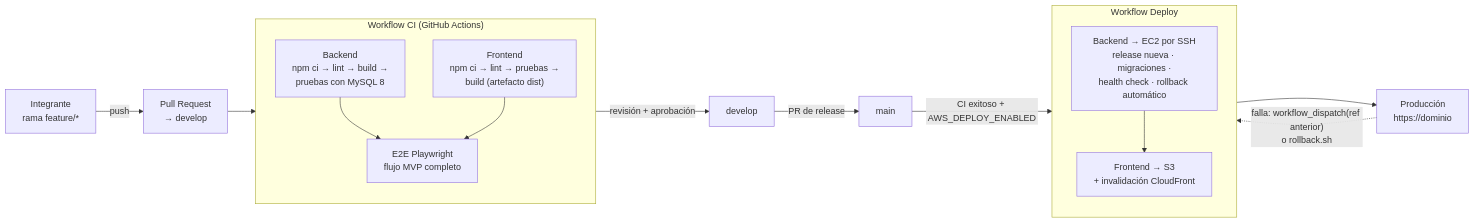
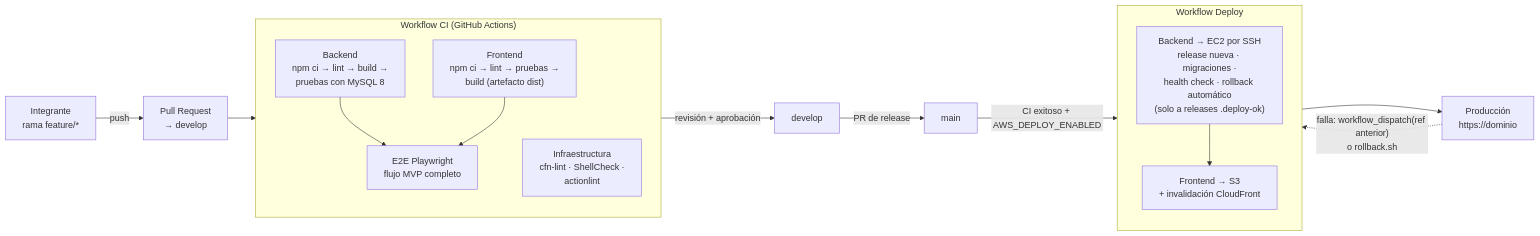
The diagram in docs/diagramas/05-pipeline-cicd.mmd (dylanfuentes0330/agenda-facil), drawn with Mermaid before and after one commit. The commit also changed 34 other files, not shown here.

```diff
--- a/docs/diagramas/05-pipeline-cicd.mmd
+++ b/docs/diagramas/05-pipeline-cicd.mmd
@@ -1,22 +1,23 @@
 flowchart LR
   Dev["Integrante<br/>rama feature/*"] -->|push| PR["Pull Request<br/>→ develop"]
   PR --> CI
   subgraph CI["Workflow CI (GitHub Actions)"]
     direction TB
     B["Backend<br/>npm ci → lint → build →<br/>pruebas con MySQL 8"]
     F["Frontend<br/>npm ci → lint → pruebas →<br/>build (artefacto dist)"]
+    I["Infraestructura<br/>cfn-lint · ShellCheck ·<br/>actionlint"]
     E["E2E Playwright<br/>flujo MVP completo"]
     B --> E
     F --> E
   end
   CI -->|"revisión + aprobación"| Dv["develop"]
   Dv -->|"PR de release"| M["main"]
   M -->|"CI exitoso + AWS_DEPLOY_ENABLED"| D
   subgraph D["Workflow Deploy"]
     direction TB
-    D1["Backend → EC2 por SSH<br/>release nueva · migraciones ·<br/>health check · rollback automático"]
+    D1["Backend → EC2 por SSH<br/>release nueva · migraciones ·<br/>health check · rollback automático<br/>(solo a releases .deploy-ok)"]
     D2["Frontend → S3<br/>+ invalidación CloudFront"]
     D1 --> D2
   end
   D --> P["Producción<br/>https://dominio"]
   P -.->|"falla: workflow_dispatch(ref anterior)<br/>o rollback.sh"| D
```
